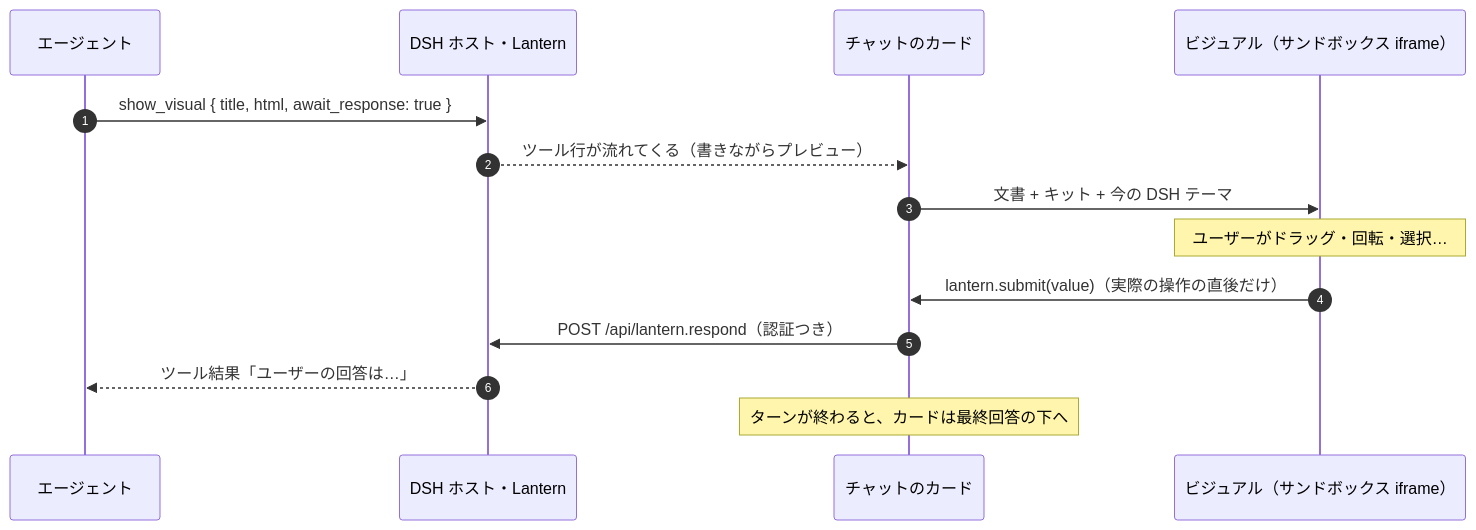
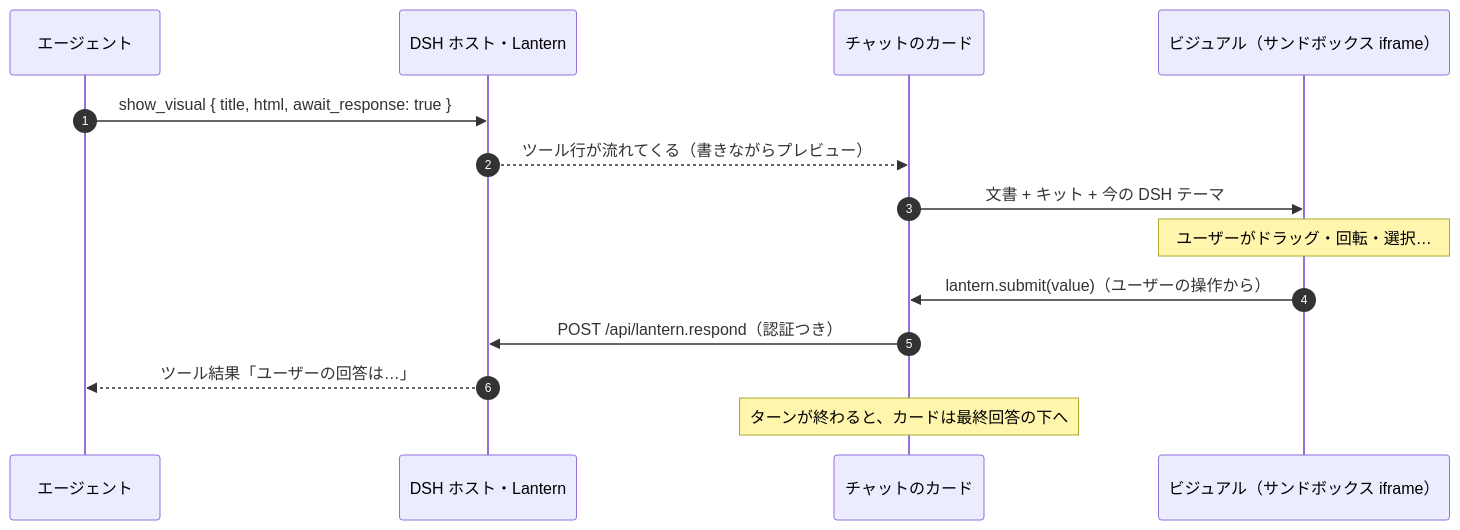
The diagram in README.ja.md (Aero123421/dsh-lantern), drawn with Mermaid before and after one commit. The commit also changed other lines of this file and 46 other files, not shown here.

````diff
--- a/README.ja.md
+++ b/README.ja.md
@@ -137,16 +145,16 @@
 ```mermaid
 sequenceDiagram
     autonumber
     participant A as エージェント
     participant H as DSH ホスト・Lantern
     participant C as チャットのカード
     participant V as ビジュアル（サンドボックス iframe）
     A->>H: show_visual { title, html, await_response: true }
     H-->>C: ツール行が流れてくる（書きながらプレビュー）
     C->>V: 文書 + キット + 今の DSH テーマ
     Note over V: ユーザーがドラッグ・回転・選択…
-    V->>C: lantern.submit(value)（実際の操作の直後だけ）
+    V->>C: lantern.submit(value)（ユーザーの操作から）
     C->>H: POST /api/lantern.respond（認証つき）
     H-->>A: ツール結果「ユーザーの回答は…」
     Note over C: ターンが終わると、カードは最終回答の下へ
 ```
````
